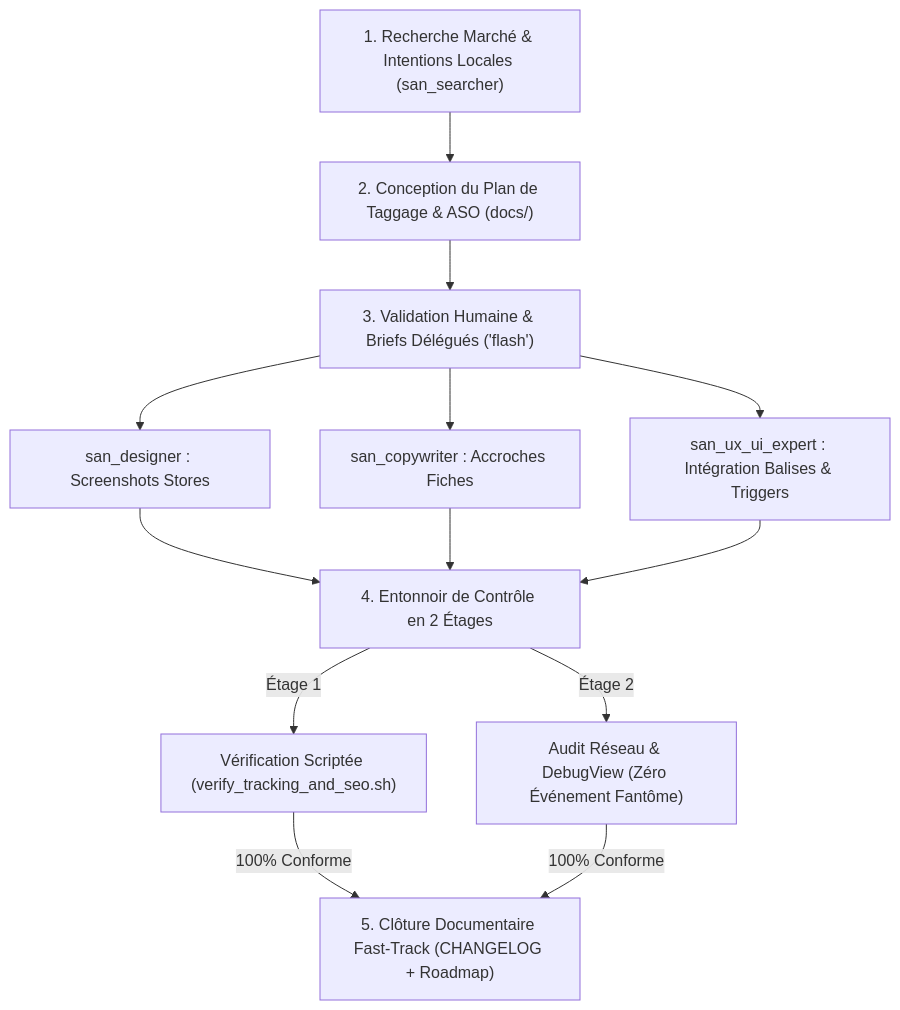
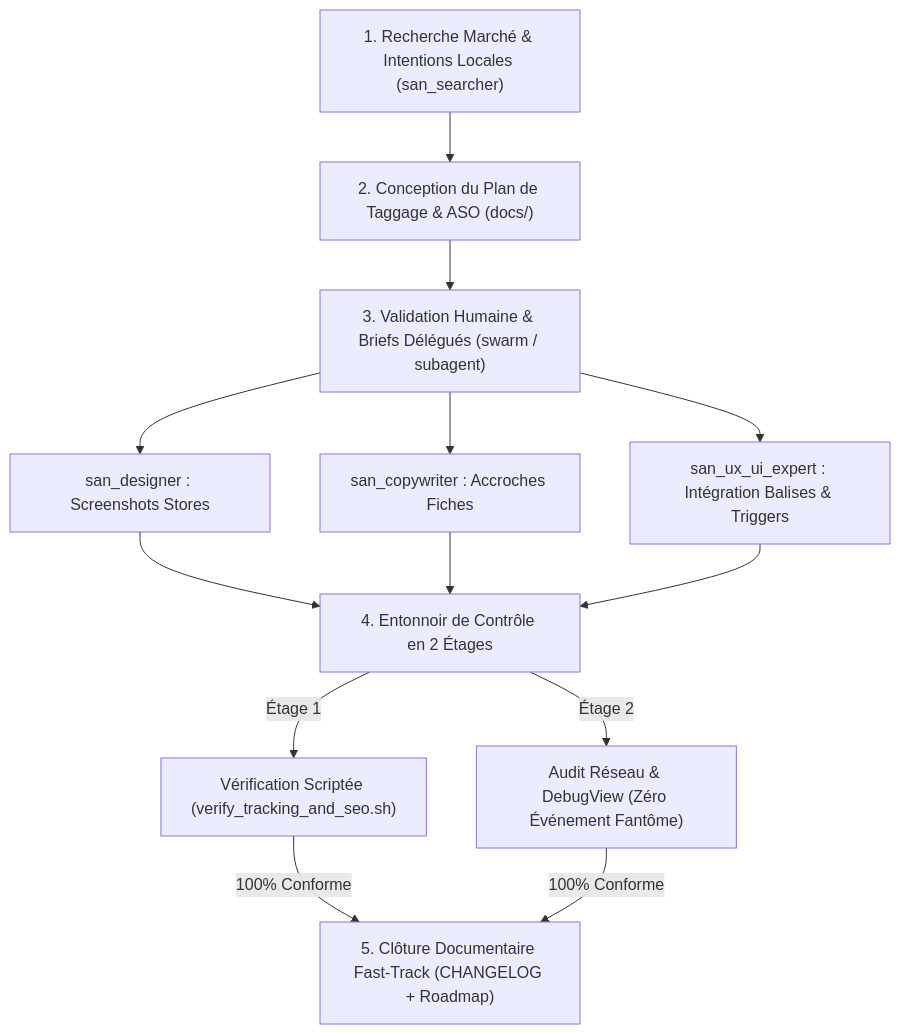
The first of 2 diagrams in skills/san_growth_expert.md (alexsan-dev/san_agy_framework), drawn with Mermaid before and after one commit. The commit also changed other lines of this file and 69 other files, not shown here.

````diff
--- a/skills/san_growth_expert.md
+++ b/skills/san_growth_expert.md
@@ -117,12 +125,12 @@
 ```mermaid
 flowchart TD
     A["1. Recherche Marché & Intentions Locales (san_searcher)"] --> B["2. Conception du Plan de Taggage & ASO (docs/)"]
-    B --> C["3. Validation Humaine & Briefs Délégués ('flash')"]
+    B --> C["3. Validation Humaine & Briefs Délégués (swarm / subagent)"]
     C --> D1["san_designer : Screenshots Stores"]
     C --> D2["san_copywriter : Accroches Fiches"]
     C --> D3["san_ux_ui_expert : Intégration Balises & Triggers"]
     D1 & D2 & D3 --> E["4. Entonnoir de Contrôle en 2 Étages"]
     E -->|Étage 1| F["Vérification Scriptée (verify_tracking_and_seo.sh)"]
     E -->|Étage 2| G["Audit Réseau & DebugView (Zéro Événement Fantôme)"]
     F & G -->|100% Conforme| H["5. Clôture Documentaire Fast-Track (CHANGELOG + Roadmap)"]
 ```
````
